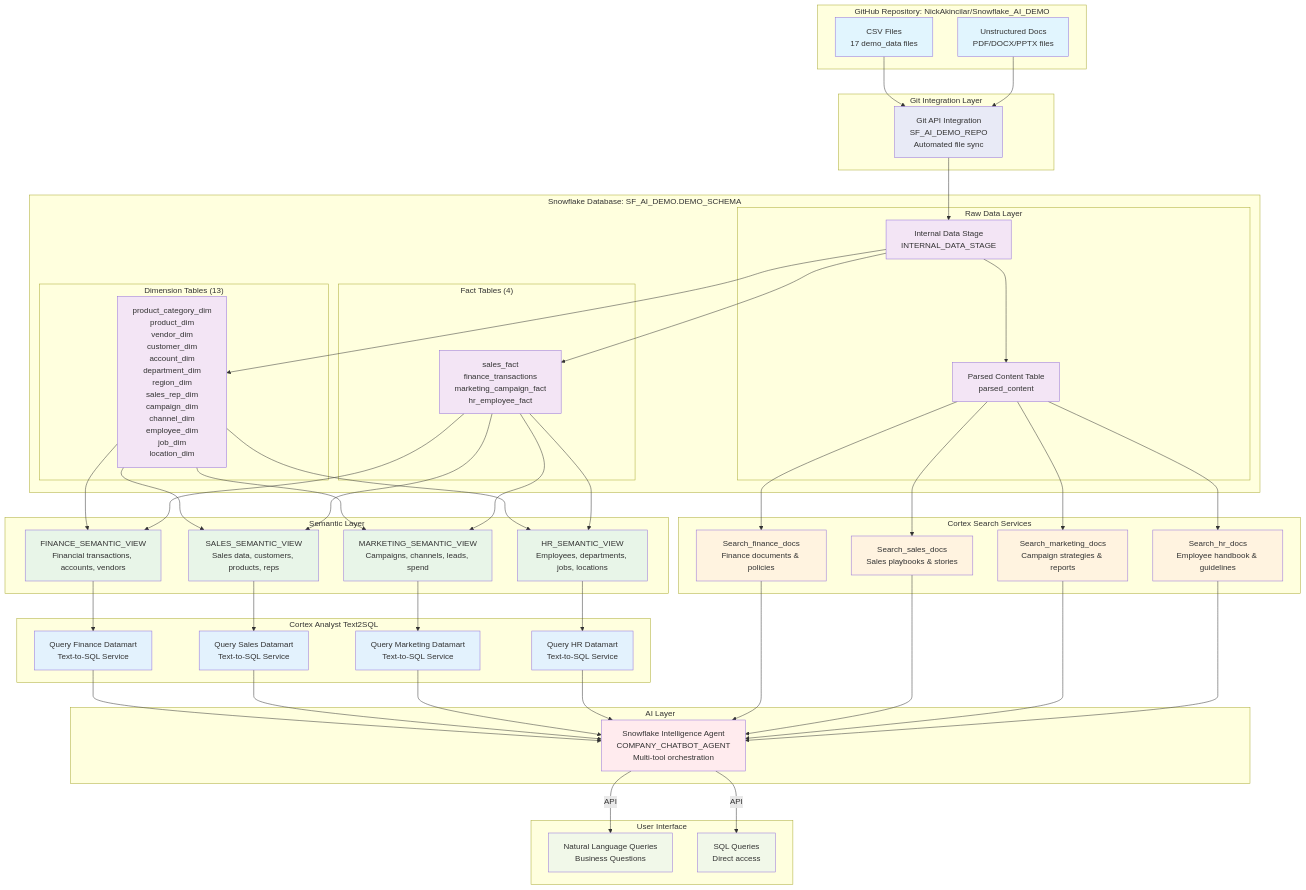
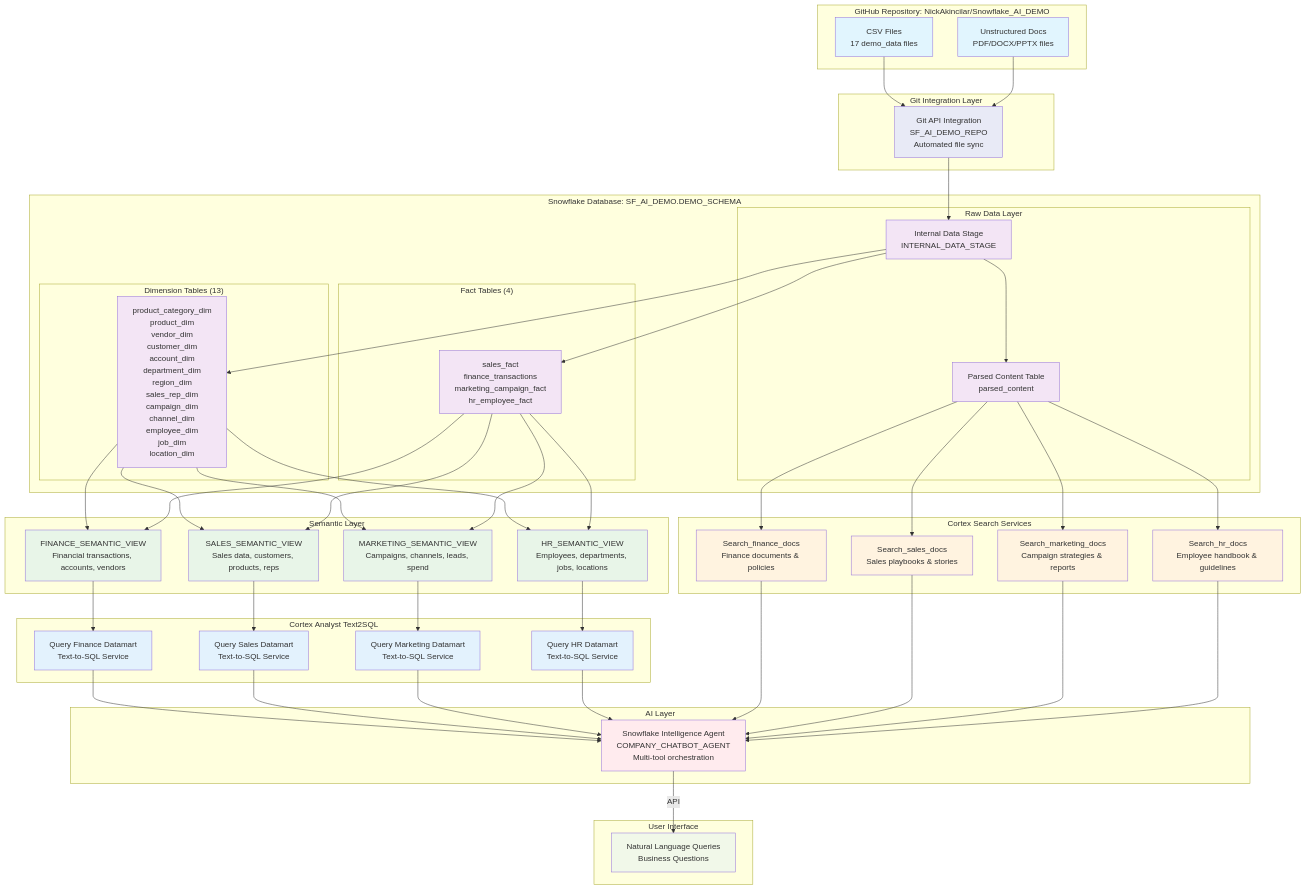
One commit to shabnam-b/Snowflake_AI_DEMO changed the diagram in README.md. Above: the diagram before and after it, drawn with Mermaid. The commit also changed other lines of this file, not shown here.

````diff
--- a/README.md
+++ b/README.md
@@ -95,7 +95,6 @@
 
     subgraph "User Interface"
         Q[Natural Language Queries<br/>Business Questions]
-        R[SQL Queries<br/>Direct access]
     end
 
     %% Data Flow
@@ -140,7 +139,6 @@
     
     %% User Access via API
     P -->|API| Q
-    P -->|API| R
 
     %% Styling
     classDef dataSource fill:#e1f5fe
@@ -159,5 +157,5 @@
     class S,T,U,V analyst
     class L,M,N,O search
     class P agent
-    class Q,R user
+    class Q user
 ```
````
